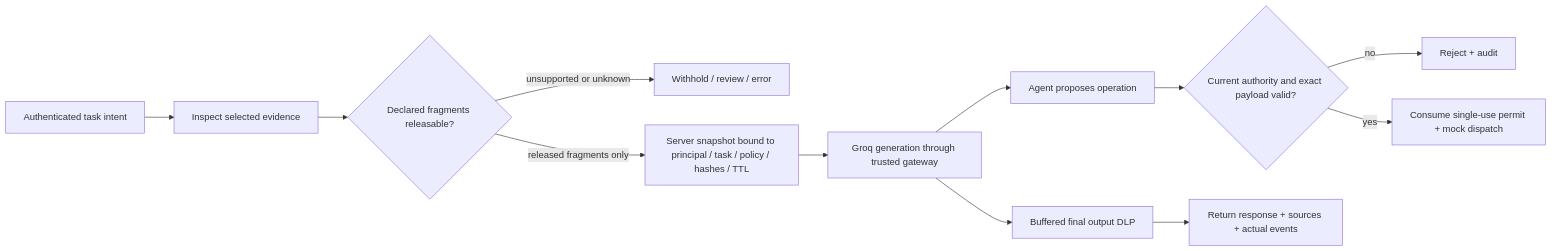
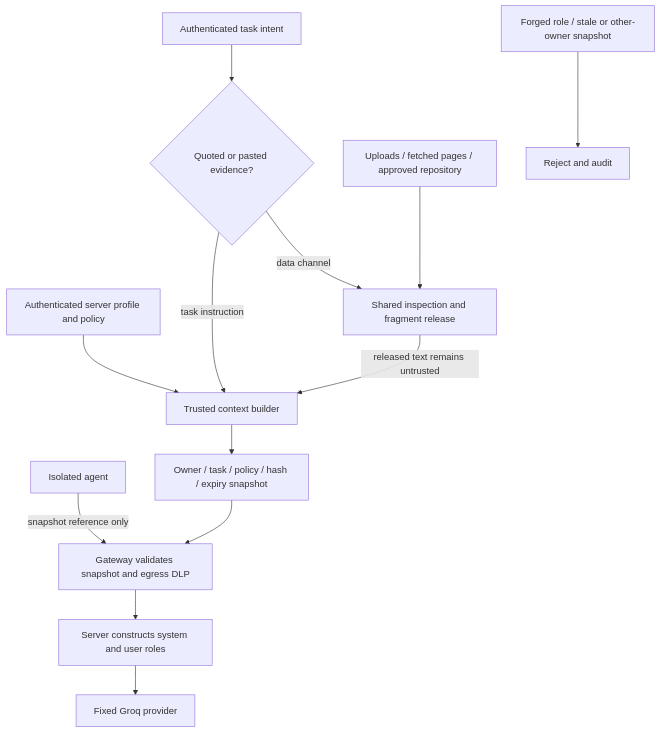
The third of 6 diagrams in ARCHITECTURE.md (yalnizcurt/unstopET), drawn with Mermaid before and after one commit. The commit also changed other lines of this file and 35 other files, not shown here.

````diff
--- a/ARCHITECTURE.md
+++ b/ARCHITECTURE.md
@@ -53,14 +81,15 @@
 ```mermaid
-flowchart LR
-  Task[Authenticated task intent] --> Inspect[Inspect selected evidence]
-  Inspect --> Release{Declared fragments releasable?}
-  Release -->|unsupported or unknown| Hold[Withhold / review / error]
-  Release -->|released fragments only| Snapshot[Server snapshot bound to principal / task / policy / hashes / TTL]
-  Snapshot --> LLM[Groq generation through trusted gateway]
-  LLM --> Proposed[Agent proposes operation]
-  Proposed --> Check{Current authority and exact payload valid?}
-  Check -->|no| Deny[Reject + audit]
-  Check -->|yes| Execute[Consume single-use permit + mock dispatch]
-  LLM --> Final[Buffered final output DLP]
-  Final --> Complete[Return response + sources + actual events]
+flowchart TB
+  System[Authenticated server profile and policy] --> Builder[Trusted context builder]
+  Intent[Authenticated task intent] --> Separate{Quoted or pasted evidence?}
+  Separate -->|task instruction| Builder
+  Separate -->|data channel| Inspect[Shared inspection and fragment release]
+  Evidence[Uploads / fetched pages / approved repository] --> Inspect
+  Inspect -->|released text remains untrusted| Builder
+  Builder --> Snapshot[Owner / task / policy / hash / expiry snapshot]
+  Child[Isolated agent] -->|snapshot reference only| Validate[Gateway validates snapshot and egress DLP]
+  Snapshot --> Validate
+  Validate --> Messages[Server constructs system and user roles]
+  Messages --> Groq[Fixed Groq provider]
+  Forge[Forged role / stale or other-owner snapshot] --> Reject[Reject and audit]
 ```
````
